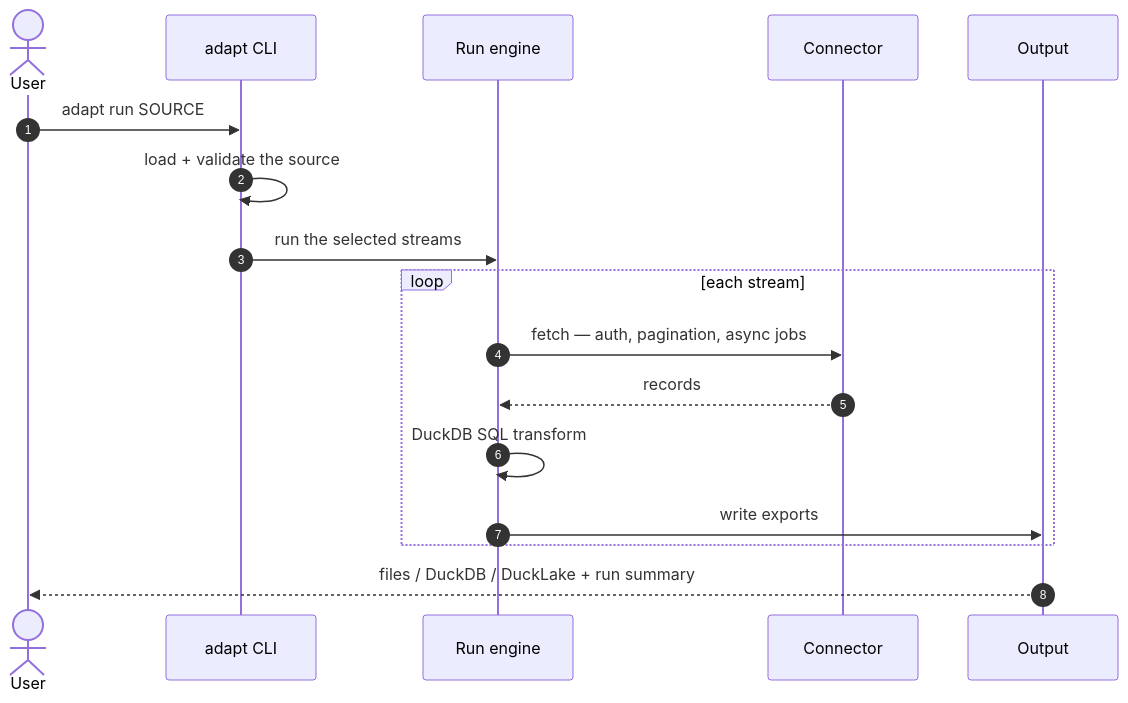
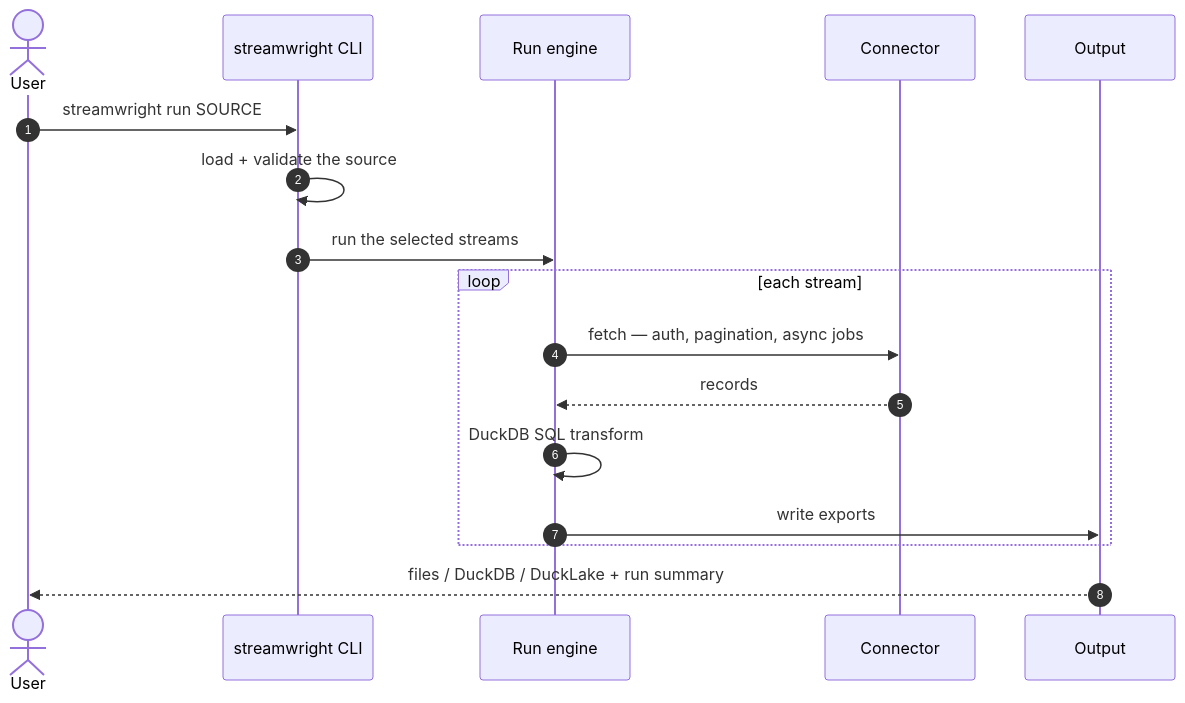
Before and after one commit to karthick-jaganathan/ADaPT-ETL: the second of 5 diagrams in docs/architecture.md, drawn with Mermaid. The commit also changed other lines of this file and 274 other files, not shown here.

````diff
--- a/docs/architecture.md
+++ b/docs/architecture.md
@@ -63,20 +63,20 @@
 ```mermaid
 sequenceDiagram
     autonumber
     actor User
-    participant CLI as adapt CLI
+    participant CLI as streamwright CLI
     participant Run as Run engine
     participant Conn as Connector
     participant Out as Output
 
-    User->>CLI: adapt run SOURCE
+    User->>CLI: streamwright run SOURCE
     CLI->>CLI: load + validate the source
     CLI->>Run: run the selected streams
     loop each stream
         Run->>Conn: fetch — auth, pagination, async jobs
         Conn-->>Run: records
         Run->>Run: DuckDB SQL transform
         Run->>Out: write exports
     end
     Out-->>User: files / DuckDB / DuckLake + run summary
 ```
````
